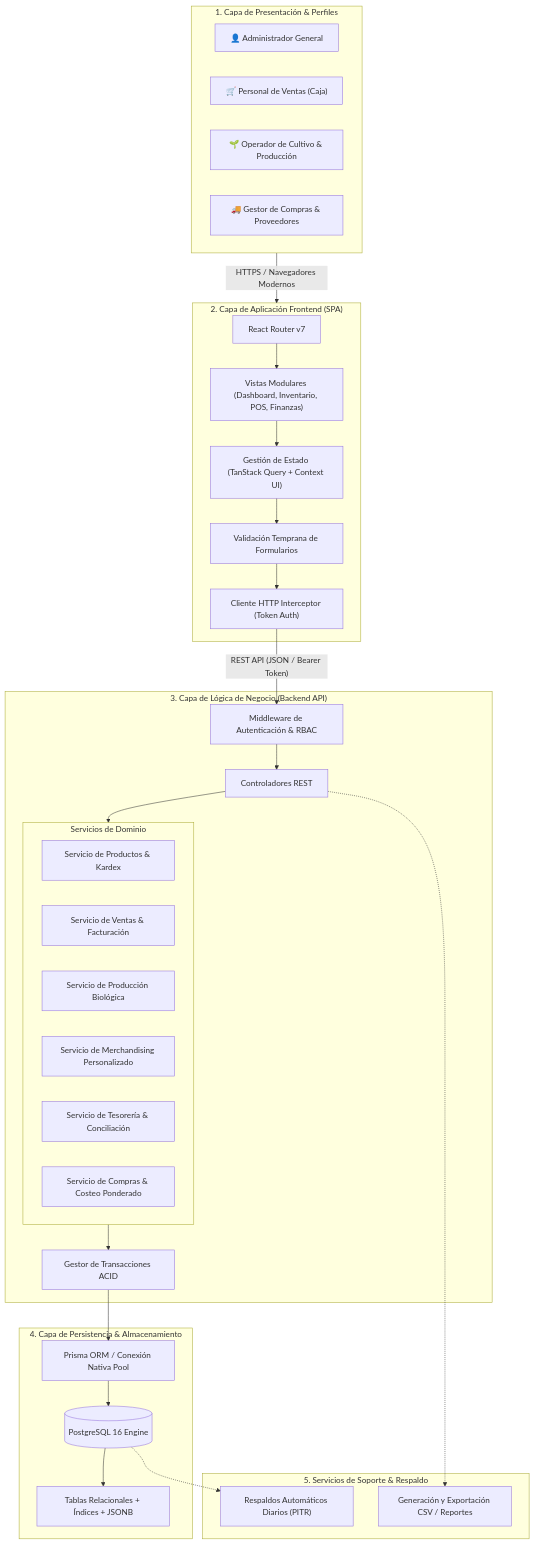
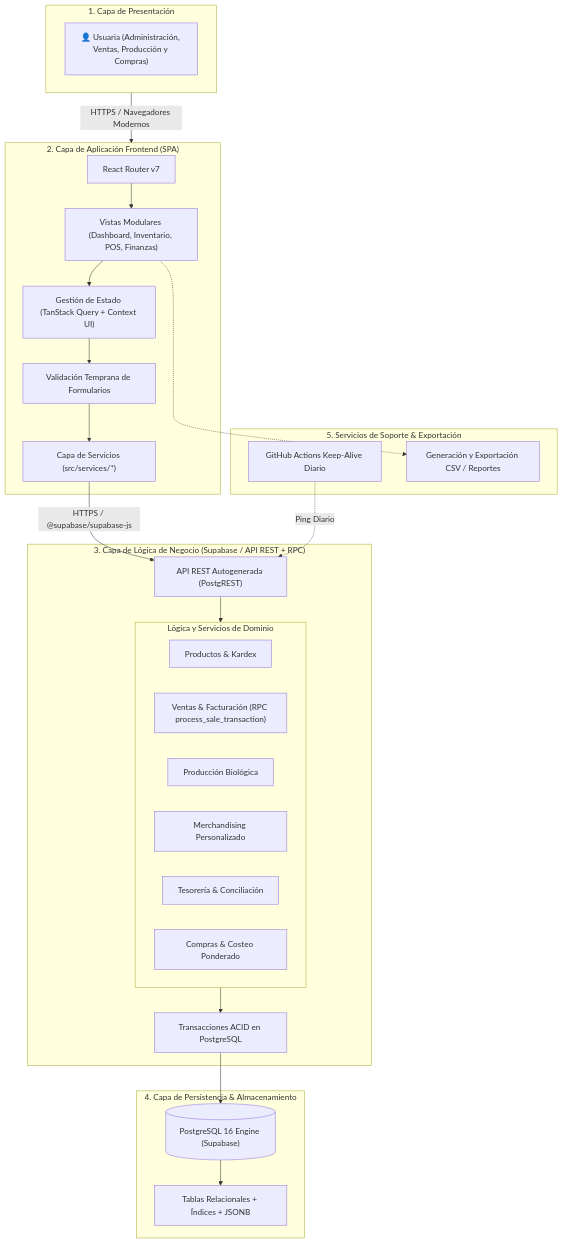
The first of 6 diagrams in ARCHITECTURE.md (MatthewR54/Vivero), drawn with Mermaid before and after one commit. The commit also changed other lines of this file and 13 other files, not shown here.

````diff
--- a/ARCHITECTURE.md
+++ b/ARCHITECTURE.md
@@ -11,59 +11,52 @@
 ```mermaid
 flowchart TD
-    subgraph CapaPresentacion ["1. Capa de Presentación & Perfiles"]
-        U1["👤 Administrador General"]
-        U2["🛒 Personal de Ventas (Caja)"]
-        U3["🌱 Operador de Cultivo & Producción"]
-        U4["🚚 Gestor de Compras & Proveedores"]
+    subgraph CapaPresentacion ["1. Capa de Presentación"]
+        U1["👤 Usuaria (Administración, Ventas, Producción y Compras)"]
     end
 
     subgraph CapaFrontend ["2. Capa de Aplicación Frontend (SPA)"]
         Router["React Router v7"]
         Views["Vistas Modulares (Dashboard, Inventario, POS, Finanzas)"]
         State["Gestión de Estado (TanStack Query + Context UI)"]
         ValidationFE["Validación Temprana de Formularios"]
-        Http["Cliente HTTP Interceptor (Token Auth)"]
+        Services["Capa de Servicios (src/services/*)"]
     end
 
-    subgraph CapaBackend ["3. Capa de Lógica de Negocio (Backend API)"]
-        AuthMiddleware["Middleware de Autenticación & RBAC"]
-        Controllers["Controladores REST"]
+    subgraph CapaBackend ["3. Capa de Lógica de Negocio (Supabase / API REST + RPC)"]
+        PostgREST["API REST Autogenerada (PostgREST)"]
         
-        subgraph ModulosNegocio ["Servicios de Dominio"]
-            S_Prod["Servicio de Productos & Kardex"]
-            S_Sale["Servicio de Ventas & Facturación"]
-            S_Plant["Servicio de Producción Biológica"]
-            S_Merch["Servicio de Merchandising Personalizado"]
-            S_Treasury["Servicio de Tesorería & Conciliación"]
-            S_Purchase["Servicio de Compras & Costeo Ponderado"]
+        subgraph ModulosNegocio ["Lógica y Servicios de Dominio"]
+            S_Prod["Productos & Kardex"]
+            S_Sale["Ventas & Facturación (RPC process_sale_transaction)"]
+            S_Plant["Producción Biológica"]
+            S_Merch["Merchandising Personalizado"]
+            S_Treasury["Tesorería & Conciliación"]
+            S_Purchase["Compras & Costeo Ponderado"]
         end
 
-        TxManager["Gestor de Transacciones ACID"]
+        TxManager["Transacciones ACID en PostgreSQL"]
     end
 
     subgraph CapaDatos ["4. Capa de Persistencia & Almacenamiento"]
-        ORM["Prisma ORM / Conexión Nativa Pool"]
-        DB[("PostgreSQL 16 Engine")]
+        DB[("PostgreSQL 16 Engine (Supabase)")]
         Tables["Tablas Relacionales + Índices + JSONB"]
     end
 
-    subgraph ServiciosTransversales ["5. Servicios de Soporte & Respaldo"]
-        BackupService["Respaldos Automáticos Diarios (PITR)"]
+    subgraph ServiciosTransversales ["5. Servicios de Soporte & Exportación"]
+        KeepAlive["GitHub Actions Keep-Alive Diario"]
         ExportService["Generación y Exportación CSV / Reportes"]
     end
 
     CapaPresentacion -->|"HTTPS / Navegadores Modernos"| CapaFrontend
     Router --> Views
     Views --> State
     State --> ValidationFE
-    ValidationFE --> Http
-    Http -->|"REST API (JSON / Bearer Token)"| AuthMiddleware
-    AuthMiddleware --> Controllers
-    Controllers --> ModulosNegocio
+    ValidationFE --> Services
+    Services -->|"HTTPS / @supabase/supabase-js"| PostgREST
+    PostgREST --> ModulosNegocio
     ModulosNegocio --> TxManager
-    TxManager --> ORM
-    ORM --> DB
+    TxManager --> DB
     DB --> Tables
-    DB -.-> BackupService
-    Controllers -.-> ExportService
+    KeepAlive -.->|"Ping Diario"| PostgREST
+    Views -.-> ExportService
 ```
````
